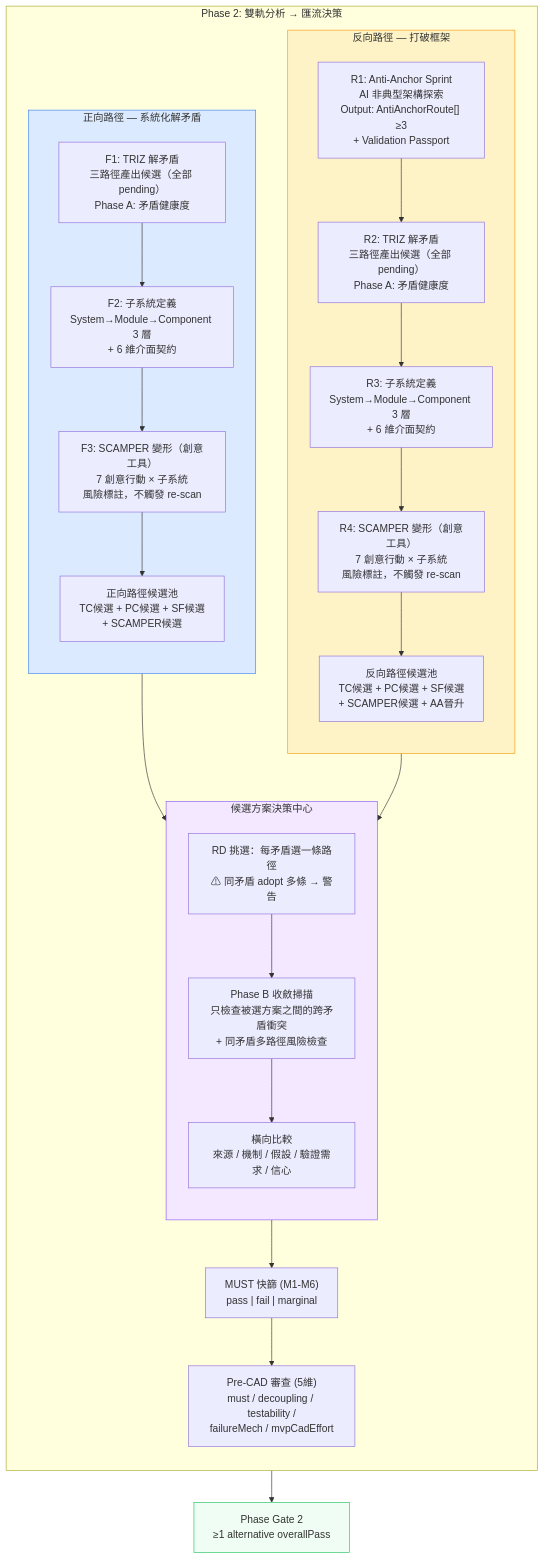
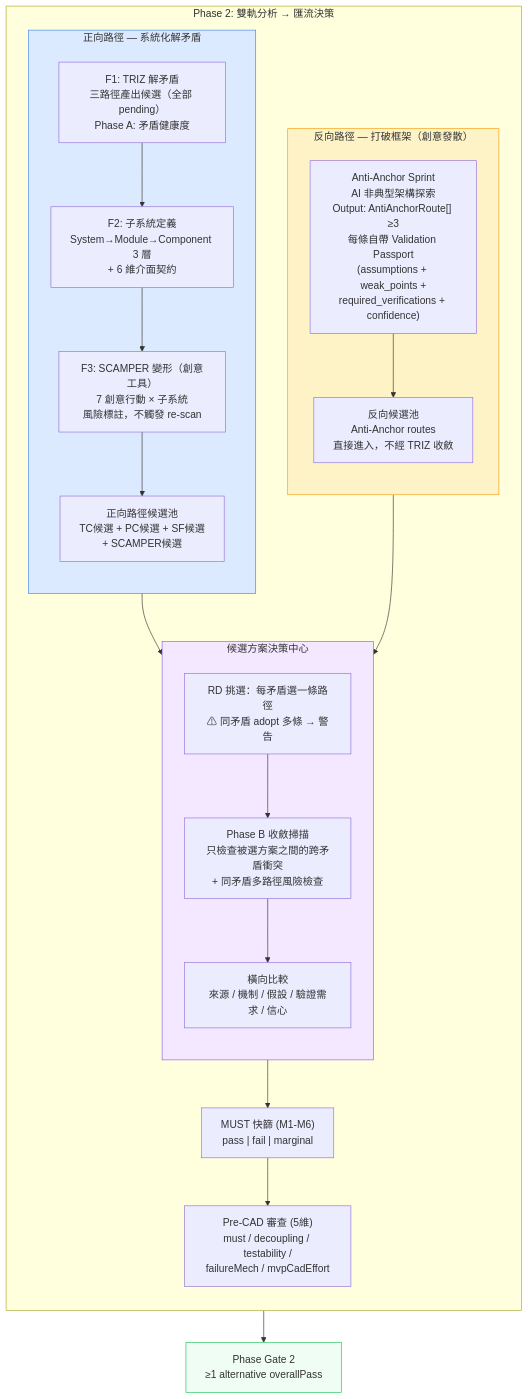
One commit to JIA-HONG-CHU/design-copilot-blueprint changed the first of 6 diagrams in docs/diagrams/triz-to-scamper-flow.md. Above: the diagram before and after it, drawn with Mermaid. The commit also changed other lines of this file and 1 other file, not shown here.

First line of the commit message:
docs: v9 — simplify reverse path, Anti-Anchor direct to candidate pool

````diff
--- a/docs/diagrams/triz-to-scamper-flow.md
+++ b/docs/diagrams/triz-to-scamper-flow.md
@@ -41,48 +42,45 @@
 ```mermaid
 flowchart TB
     subgraph Phase2["Phase 2: 雙軌分析 → 匯流決策"]
         direction TB
 
-        subgraph REVERSE["反向路徑 — 打破框架"]
+        subgraph REVERSE["反向路徑 — 打破框架（創意發散）"]
             direction TB
-            R1["R1: Anti-Anchor Sprint<br/>AI 非典型架構探索<br/>Output: AntiAnchorRoute[] ≥3<br/>+ Validation Passport"]
-            R2["R2: TRIZ 解矛盾<br/>三路徑產出候選（全部 pending）<br/>Phase A: 矛盾健康度"]
-            R3["R3: 子系統定義<br/>System→Module→Component 3 層<br/>+ 6 維介面契約"]
-            R4["R4: SCAMPER 變形（創意工具）<br/>7 創意行動 × 子系統<br/>風險標註，不觸發 re-scan"]
-            RP["反向路徑候選池<br/>TC候選 + PC候選 + SF候選<br/>+ SCAMPER候選 + AA晉升"]
-            R1 --> R2 --> R3 --> R4 --> RP
+            R1["Anti-Anchor Sprint<br/>AI 非典型架構探索<br/>Output: AntiAnchorRoute[] ≥3<br/>每條自帶 Validation Passport<br/>(assumptions + weak_points +<br/>required_verifications + confidence)"]
+            RP["反向候選池<br/>Anti-Anchor routes<br/>直接進入，不經 TRIZ 收斂"]
+            R1 --> RP
         end
 
         subgraph FORWARD["正向路徑 — 系統化解矛盾"]
             direction TB
             F1["F1: TRIZ 解矛盾<br/>三路徑產出候選（全部 pending）<br/>Phase A: 矛盾健康度"]
             F2["F2: 子系統定義<br/>System→Module→Component 3 層<br/>+ 6 維介面契約"]
             F3["F3: SCAMPER 變形（創意工具）<br/>7 創意行動 × 子系統<br/>風險標註，不觸發 re-scan"]
             FP["正向路徑候選池<br/>TC候選 + PC候選 + SF候選<br/>+ SCAMPER候選"]
             F1 --> F2 --> F3 --> FP
         end
 
         subgraph HUB["候選方案決策中心"]
             direction TB
             SELECT["RD 挑選：每矛盾選一條路徑<br/>⚠ 同矛盾 adopt 多條 → 警告"]
             PHASE_B["Phase B 收斂掃描<br/>只檢查被選方案之間的跨矛盾衝突<br/>+ 同矛盾多路徑風險檢查"]
             COMPARE["橫向比較<br/>來源 / 機制 / 假設 / 驗證需求 / 信心"]
             SELECT --> PHASE_B --> COMPARE
         end
 
         RP --> SELECT
         FP --> SELECT
 
         MUST["MUST 快篩 (M1-M6)<br/>pass | fail | marginal"]
         PRECAD["Pre-CAD 審查 (5維)<br/>must / decoupling / testability /<br/>failureMech / mvpCadEffort"]
         COMPARE --> MUST --> PRECAD
     end
 
     GATE["Phase Gate 2<br/>≥1 alternative overallPass"]
     PRECAD --> GATE
 
     style REVERSE fill:#FEF3C7,stroke:#F59E0B
     style FORWARD fill:#DBEAFE,stroke:#3B82F6
     style HUB fill:#F3E8FF,stroke:#8B5CF6
     style GATE fill:#F0FDF4,stroke:#22C55E
 ```
````
